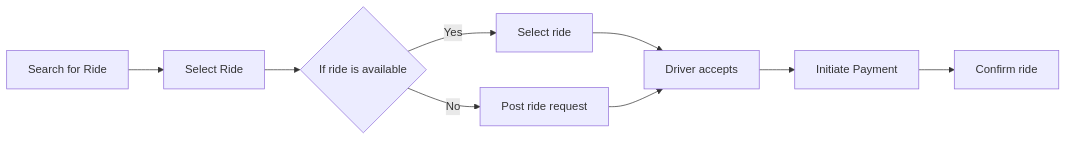
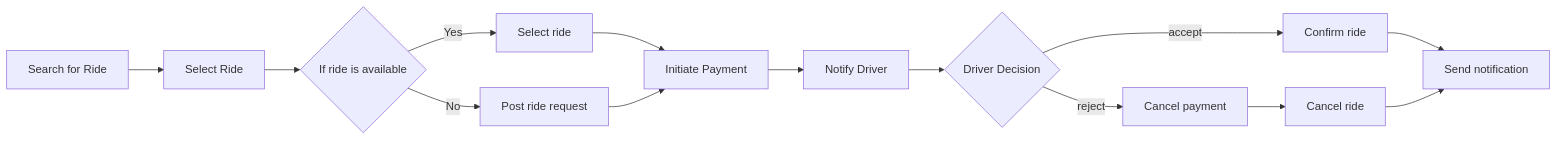
Before and after one commit to kishorek/microservices-demo: the diagram in README.md, drawn with Mermaid. The commit also changed other lines of this file, not shown here.

````diff
--- a/README.md
+++ b/README.md
@@ -19,11 +19,13 @@
 ```mermaid
 flowchart LR
     A["Search for Ride"] --> B["Select Ride"]
     B --> D{"If ride is available"}
     D -- Yes --> E["Select ride"]
     D -- No --> F["Post ride request"]
-    E --> G["Driver accepts"]
+    E --> G["Initiate Payment"]
     F --> G
-    G --> H["Initiate Payment"]
-    H --> I["Confirm ride"]
+    G --> H["Notify Driver"]
+    H --> H1{"Driver Decision"}
+    H1 -- accept --> I["Confirm ride"] --> J["Send notification"]
+    H1 -- reject --> K["Cancel payment"] --> L["Cancel ride"] --> J
 ```
````
